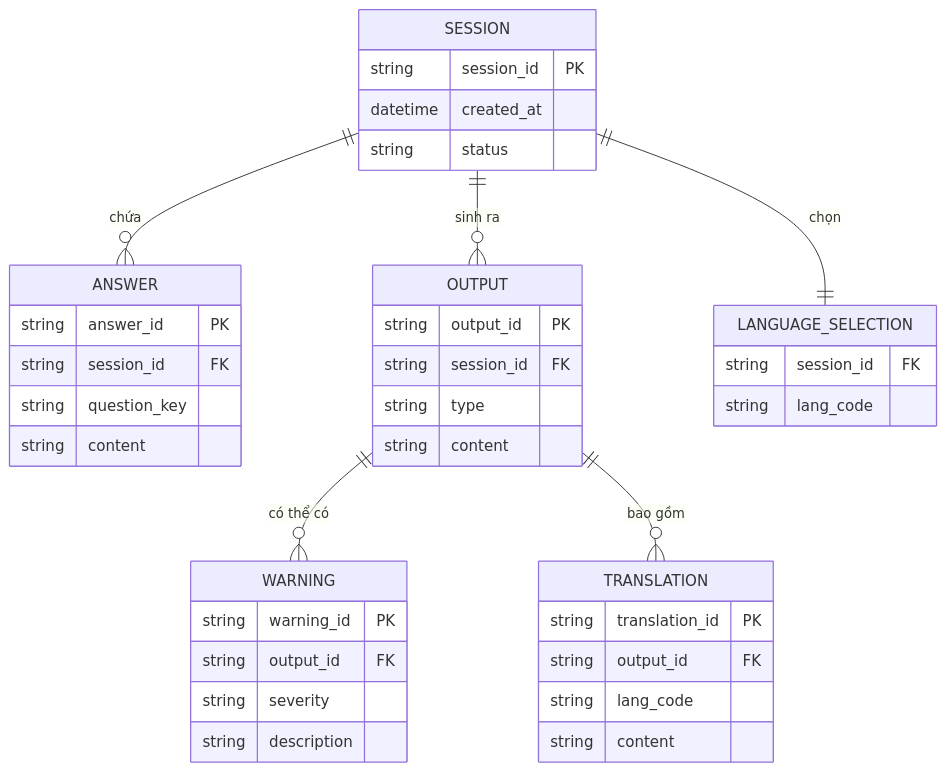
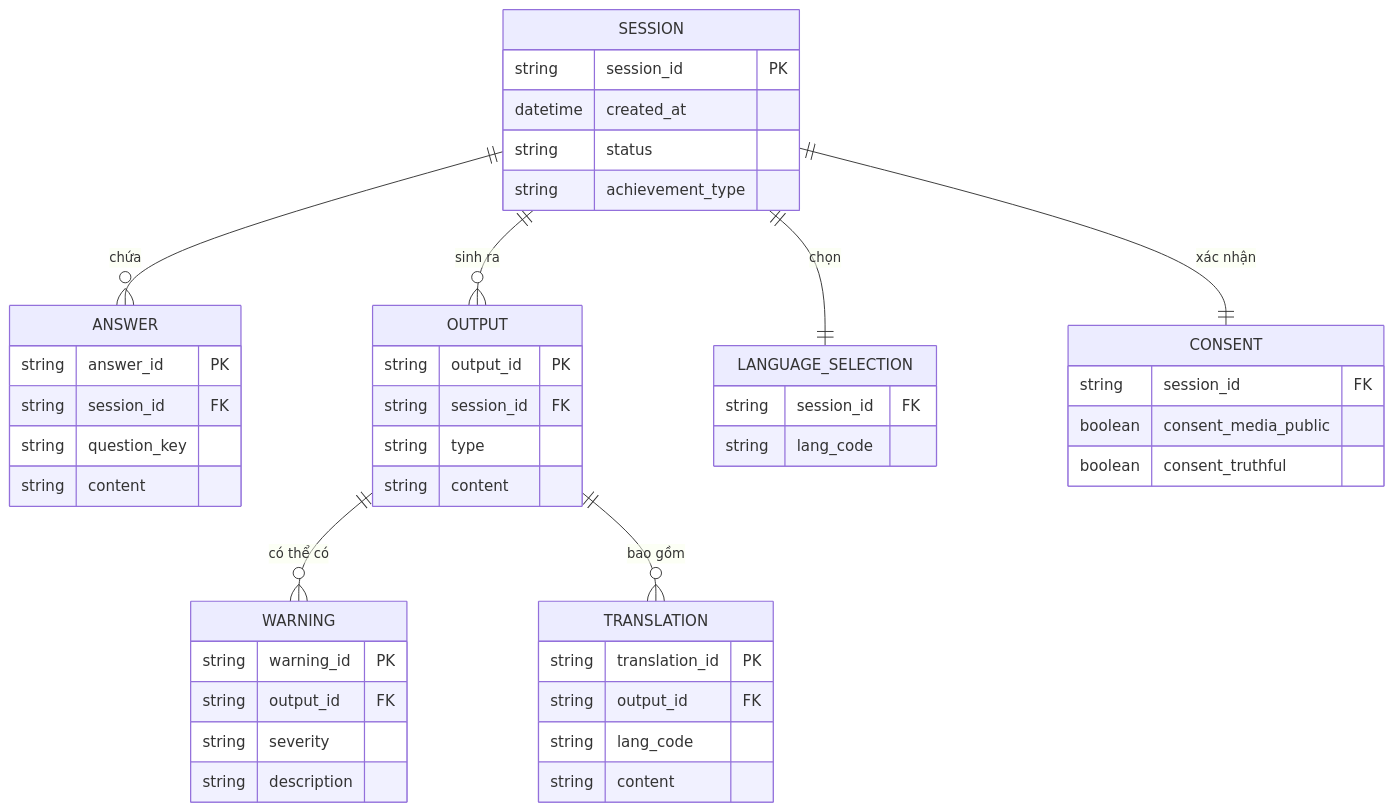
One commit to TrangVQ6/story-coders changed the diagram in docs/05-data-dictionary.md. Above: the diagram before and after it, drawn with Mermaid. The commit also changed other lines of this file and 44 other files, not shown here.

````diff
--- a/docs/05-data-dictionary.md
+++ b/docs/05-data-dictionary.md
@@ -14,42 +14,49 @@
 ```mermaid
 erDiagram
     SESSION ||--o{ ANSWER : "chứa"
     SESSION ||--o{ OUTPUT : "sinh ra"
     SESSION ||--|| LANGUAGE_SELECTION : "chọn"
+    SESSION ||--|| CONSENT : "xác nhận"
     OUTPUT ||--o{ WARNING : "có thể có"
     OUTPUT ||--o{ TRANSLATION : "bao gồm"
 
     SESSION {
         string session_id PK
         datetime created_at
         string status
+        string achievement_type
     }
     ANSWER {
         string answer_id PK
         string session_id FK
         string question_key
         string content
     }
     LANGUAGE_SELECTION {
         string session_id FK
         string lang_code
+    }
+    CONSENT {
+        string session_id FK
+        boolean consent_media_public
+        boolean consent_truthful
     }
     OUTPUT {
         string output_id PK
         string session_id FK
         string type
         string content
     }
     WARNING {
         string warning_id PK
         string output_id FK
         string severity
         string description
     }
     TRANSLATION {
         string translation_id PK
         string output_id FK
         string lang_code
         string content
     }
 ```
````
